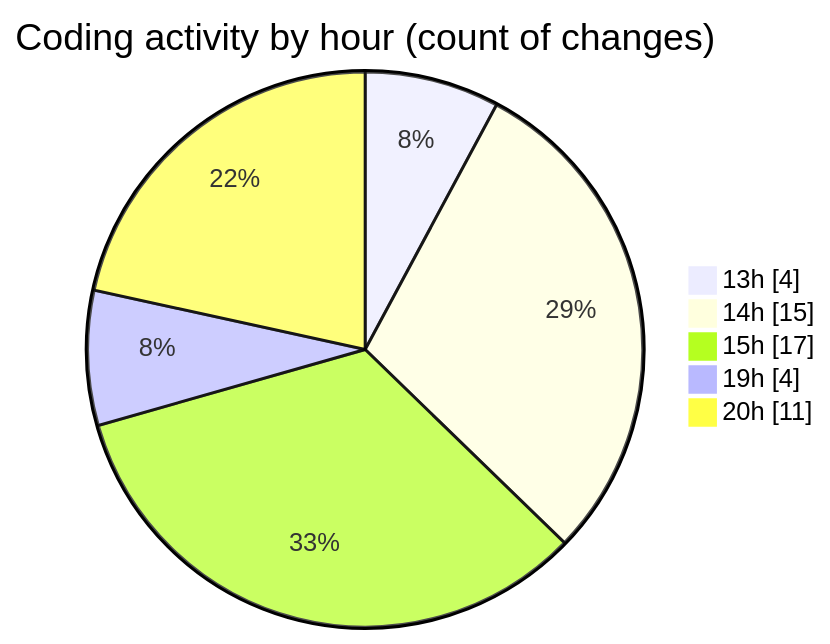
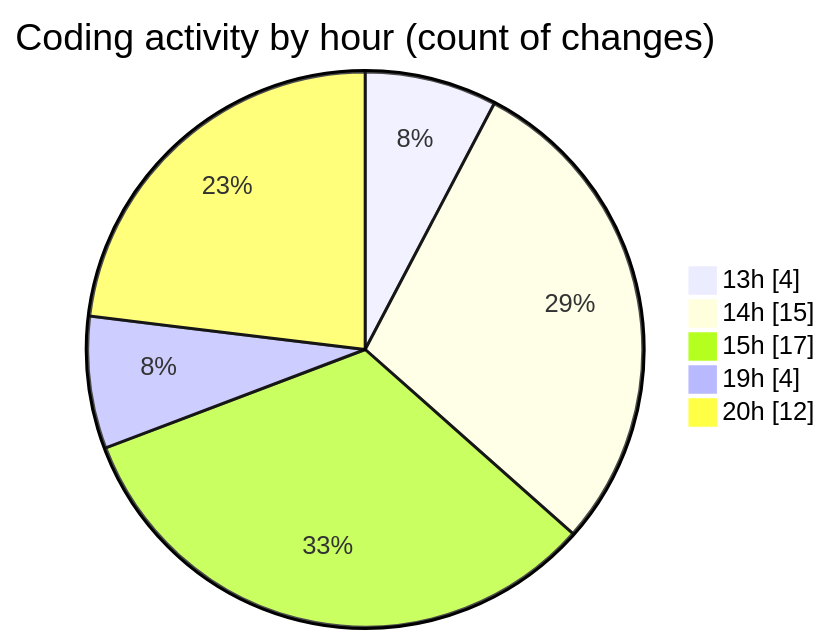
One commit to Ritupan-Deka/code-tracking changed the second of 2 diagrams in 2025-01-21/projects/README.md. Above: the diagram before and after it, drawn with Mermaid. The commit also changed other lines of this file and 1 other file, not shown here.

````diff
--- a/2025-01-21/projects/README.md
+++ b/2025-01-21/projects/README.md
@@ -42,9 +42,9 @@
 ```mermaid
 pie showData
 title Coding activity by hour (count of changes)
 "13h" : 4
 "14h" : 15
 "15h" : 17
 "19h" : 4
-"20h" : 11
+"20h" : 12
 ```
````
